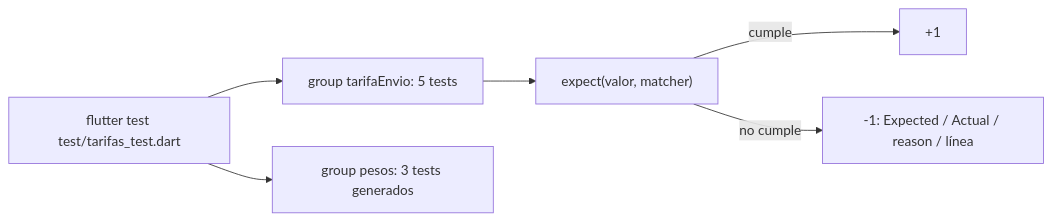
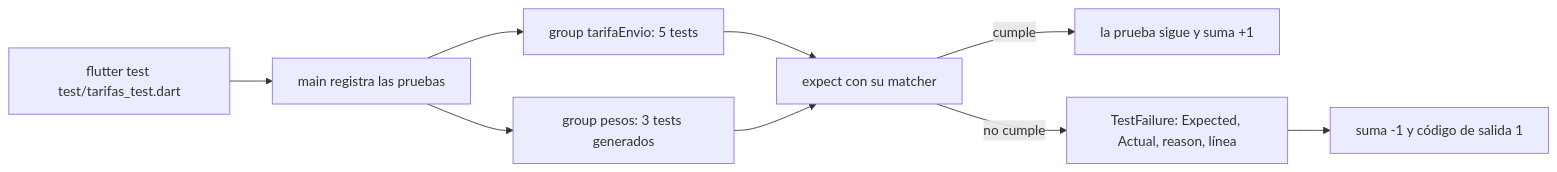
One commit to NICORUIZ93/The_Imperial_Book changed the first of 5 diagrams in web/public/content/flutter/modulo-9.md. Above: the diagram before and after it, drawn with Mermaid. The commit also changed other lines of this file and 65 other files, not shown here.

````diff
--- a/web/public/content/flutter/modulo-9.md
+++ b/web/public/content/flutter/modulo-9.md
@@ -291,8 +337,11 @@
 ```mermaid
 flowchart LR
-    T["flutter test test/tarifas_test.dart"] --> G1["group tarifaEnvio: 5 tests"]
-    T --> G2["group pesos: 3 tests generados"]
-    G1 --> E["expect(valor, matcher)"]
-    E -->|cumple| OK["+1"]
-    E -->|no cumple| F["-1: Expected / Actual / reason / línea"]
+    T["flutter test test/tarifas_test.dart"] --> M["main registra las pruebas"]
+    M --> G1["group tarifaEnvio: 5 tests"]
+    M --> G2["group pesos: 3 tests generados"]
+    G1 --> E["expect con su matcher"]
+    G2 --> E
+    E -->|cumple| OK["la prueba sigue y suma +1"]
+    E -->|no cumple| F["TestFailure: Expected, Actual, reason, línea"]
+    F --> X["suma -1 y código de salida 1"]
 ```
````
